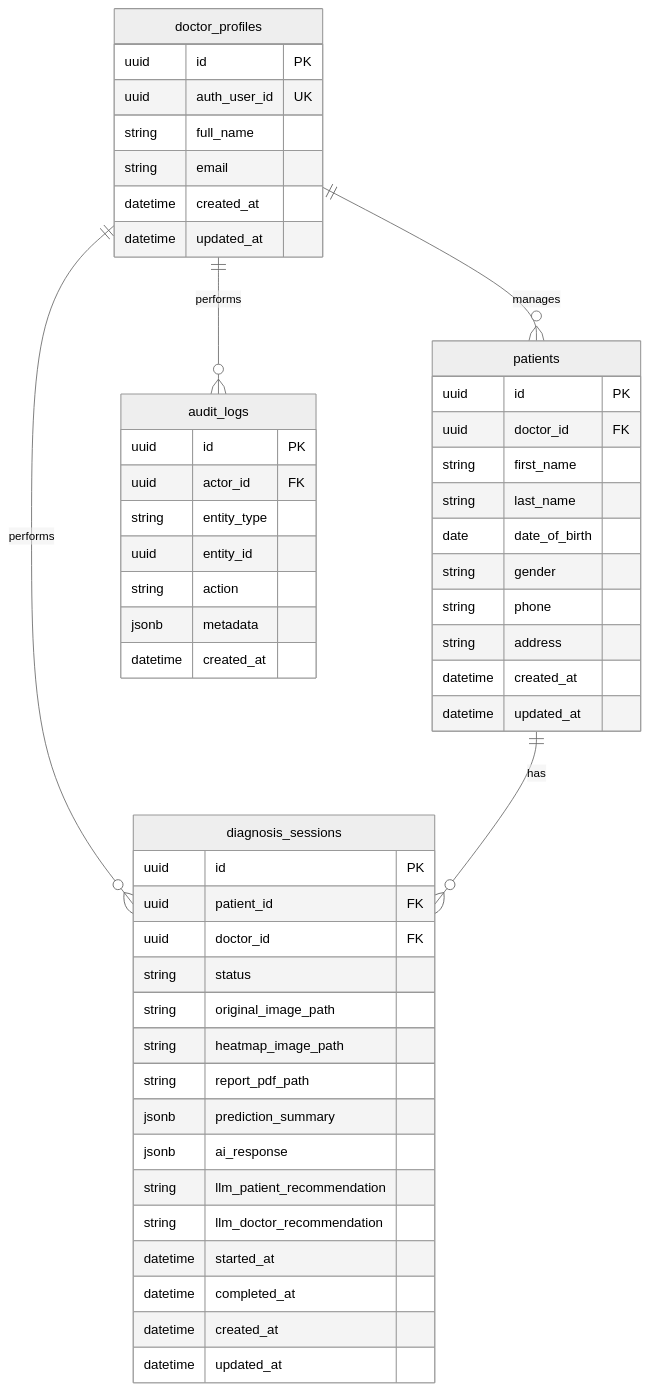
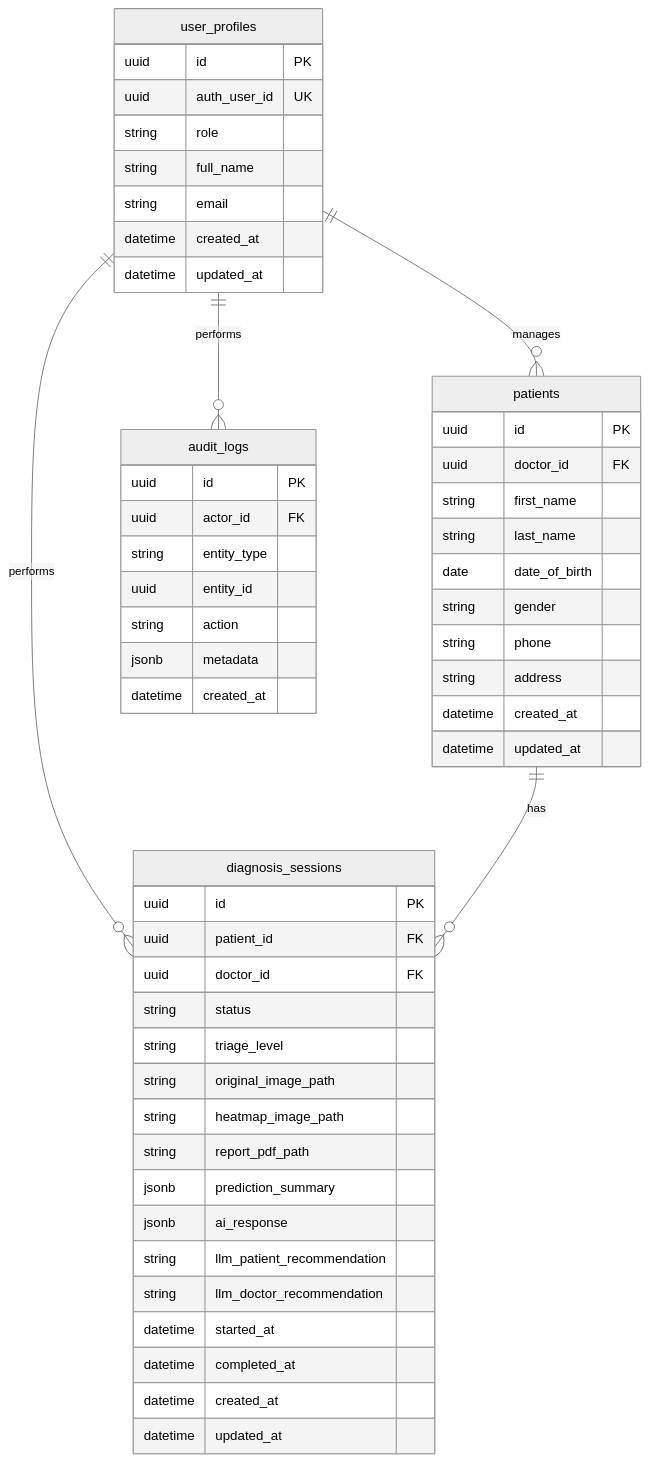
Before and after one commit to RakshakSigdel/IIMS-X-Perceptron-AntarEye: the diagram in docs/ERD.mmd, drawn with Mermaid (neutral theme). The commit also changed 12 other files, not shown here.

```diff
--- a/docs/ERD.mmd
+++ b/docs/ERD.mmd
@@ -1,62 +1,64 @@
 erDiagram
 
-    doctor_profiles ||--o{ patients : manages
-    doctor_profiles ||--o{ diagnosis_sessions : performs
+    user_profiles ||--o{ patients : manages
+    user_profiles ||--o{ diagnosis_sessions : performs
     patients ||--o{ diagnosis_sessions : has
-    doctor_profiles ||--o{ audit_logs : performs
+    user_profiles ||--o{ audit_logs : performs
 
-    doctor_profiles {
+    user_profiles {
         uuid id PK
         uuid auth_user_id UK
+        string role
         string full_name
         string email
         datetime created_at
         datetime updated_at
     }
 
     patients {
         uuid id PK
         uuid doctor_id FK
         string first_name
         string last_name
         date date_of_birth
         string gender
         string phone
         string address
         datetime created_at
         datetime updated_at
     }
 
     diagnosis_sessions {
         uuid id PK
         uuid patient_id FK
         uuid doctor_id FK
 
         string status
+        string triage_level
 
         string original_image_path
         string heatmap_image_path
         string report_pdf_path
 
         jsonb prediction_summary
         jsonb ai_response
 
         string llm_patient_recommendation
         string llm_doctor_recommendation
 
         datetime started_at
         datetime completed_at
 
         datetime created_at
         datetime updated_at
     }
 
     audit_logs {
         uuid id PK
         uuid actor_id FK
         string entity_type
         uuid entity_id
         string action
         jsonb metadata
         datetime created_at
     }
```
